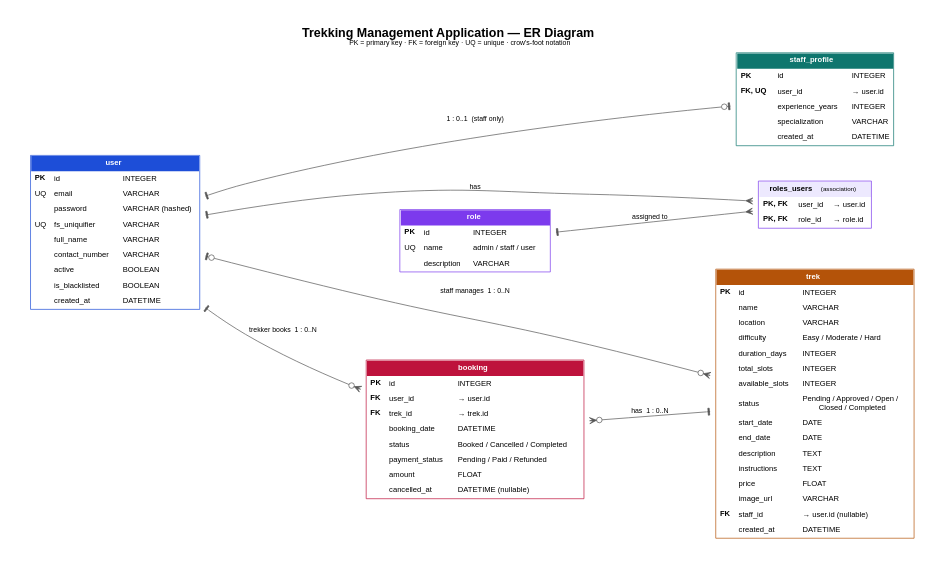
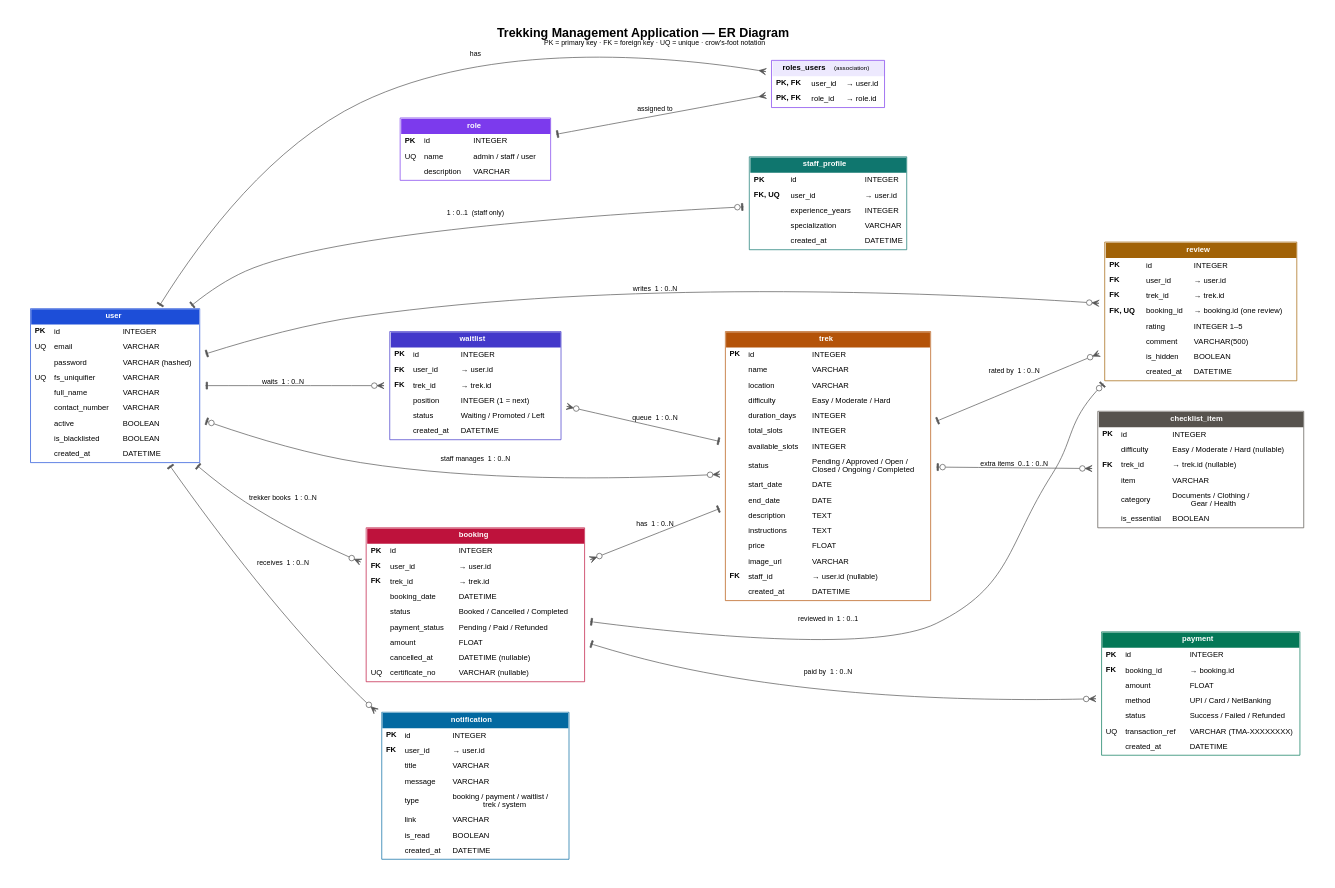
The diagram in docs/er.dot (23f2004126/BasecampX), drawn with Graphviz before and after one commit. The commit also changed 23 other files, not shown here.

First line of the commit message:
Add backend for reviews, waitlist, payments, notifications, checklist, certificates

```diff
--- a/docs/er.dot
+++ b/docs/er.dot
@@ -1,91 +1,161 @@
 digraph TMA {
   graph [rankdir=LR, splines=spline, nodesep=0.5, ranksep=1.6, newrank=true, bgcolor="white", pad=0.4,
          label=<<B>Trekking Management Application — ER Diagram</B><BR/><FONT POINT-SIZE="10">PK = primary key · FK = foreign key · UQ = unique · crow's-foot notation</FONT>>,
          labelloc=t, fontname="Helvetica", fontsize=18];
   node  [shape=plaintext, fontname="Helvetica", fontsize=11];
   edge  [fontname="Helvetica", fontsize=10, color="#555555", dir=both];
 
   user [label=<
   <TABLE BORDER="1" CELLBORDER="0" CELLSPACING="0" CELLPADDING="5" COLOR="#1d4ed8">
    <TR><TD BGCOLOR="#1d4ed8" COLSPAN="3"><FONT COLOR="white"><B>user</B></FONT></TD></TR>
    <TR><TD ALIGN="LEFT" PORT="id"><B>PK</B></TD><TD ALIGN="LEFT">id</TD><TD ALIGN="LEFT">INTEGER</TD></TR>
    <TR><TD ALIGN="LEFT">UQ</TD><TD ALIGN="LEFT">email</TD><TD ALIGN="LEFT">VARCHAR</TD></TR>
    <TR><TD></TD><TD ALIGN="LEFT">password</TD><TD ALIGN="LEFT">VARCHAR (hashed)</TD></TR>
    <TR><TD ALIGN="LEFT">UQ</TD><TD ALIGN="LEFT">fs_uniquifier</TD><TD ALIGN="LEFT">VARCHAR</TD></TR>
    <TR><TD></TD><TD ALIGN="LEFT">full_name</TD><TD ALIGN="LEFT">VARCHAR</TD></TR>
    <TR><TD></TD><TD ALIGN="LEFT">contact_number</TD><TD ALIGN="LEFT">VARCHAR</TD></TR>
    <TR><TD></TD><TD ALIGN="LEFT">active</TD><TD ALIGN="LEFT">BOOLEAN</TD></TR>
    <TR><TD></TD><TD ALIGN="LEFT">is_blacklisted</TD><TD ALIGN="LEFT">BOOLEAN</TD></TR>
    <TR><TD></TD><TD ALIGN="LEFT">created_at</TD><TD ALIGN="LEFT">DATETIME</TD></TR>
   </TABLE>>];
 
   role [label=<
   <TABLE BORDER="1" CELLBORDER="0" CELLSPACING="0" CELLPADDING="5" COLOR="#7c3aed">
    <TR><TD BGCOLOR="#7c3aed" COLSPAN="3"><FONT COLOR="white"><B>role</B></FONT></TD></TR>
    <TR><TD ALIGN="LEFT"><B>PK</B></TD><TD ALIGN="LEFT">id</TD><TD ALIGN="LEFT">INTEGER</TD></TR>
    <TR><TD ALIGN="LEFT">UQ</TD><TD ALIGN="LEFT">name</TD><TD ALIGN="LEFT">admin / staff / user</TD></TR>
    <TR><TD></TD><TD ALIGN="LEFT">description</TD><TD ALIGN="LEFT">VARCHAR</TD></TR>
   </TABLE>>];
 
   roles_users [label=<
   <TABLE BORDER="1" CELLBORDER="0" CELLSPACING="0" CELLPADDING="5" COLOR="#7c3aed">
    <TR><TD BGCOLOR="#ede9fe" COLSPAN="3"><B>roles_users</B> <FONT POINT-SIZE="9">(association)</FONT></TD></TR>
    <TR><TD ALIGN="LEFT"><B>PK, FK</B></TD><TD ALIGN="LEFT">user_id</TD><TD ALIGN="LEFT">→ user.id</TD></TR>
    <TR><TD ALIGN="LEFT"><B>PK, FK</B></TD><TD ALIGN="LEFT">role_id</TD><TD ALIGN="LEFT">→ role.id</TD></TR>
   </TABLE>>];
 
   staff_profile [label=<
   <TABLE BORDER="1" CELLBORDER="0" CELLSPACING="0" CELLPADDING="5" COLOR="#0f766e">
    <TR><TD BGCOLOR="#0f766e" COLSPAN="3"><FONT COLOR="white"><B>staff_profile</B></FONT></TD></TR>
    <TR><TD ALIGN="LEFT"><B>PK</B></TD><TD ALIGN="LEFT">id</TD><TD ALIGN="LEFT">INTEGER</TD></TR>
    <TR><TD ALIGN="LEFT"><B>FK, UQ</B></TD><TD ALIGN="LEFT">user_id</TD><TD ALIGN="LEFT">→ user.id</TD></TR>
    <TR><TD></TD><TD ALIGN="LEFT">experience_years</TD><TD ALIGN="LEFT">INTEGER</TD></TR>
    <TR><TD></TD><TD ALIGN="LEFT">specialization</TD><TD ALIGN="LEFT">VARCHAR</TD></TR>
    <TR><TD></TD><TD ALIGN="LEFT">created_at</TD><TD ALIGN="LEFT">DATETIME</TD></TR>
   </TABLE>>];
 
   trek [label=<
   <TABLE BORDER="1" CELLBORDER="0" CELLSPACING="0" CELLPADDING="5" COLOR="#b45309">
    <TR><TD BGCOLOR="#b45309" COLSPAN="3"><FONT COLOR="white"><B>trek</B></FONT></TD></TR>
    <TR><TD ALIGN="LEFT"><B>PK</B></TD><TD ALIGN="LEFT">id</TD><TD ALIGN="LEFT">INTEGER</TD></TR>
    <TR><TD></TD><TD ALIGN="LEFT">name</TD><TD ALIGN="LEFT">VARCHAR</TD></TR>
    <TR><TD></TD><TD ALIGN="LEFT">location</TD><TD ALIGN="LEFT">VARCHAR</TD></TR>
    <TR><TD></TD><TD ALIGN="LEFT">difficulty</TD><TD ALIGN="LEFT">Easy / Moderate / Hard</TD></TR>
    <TR><TD></TD><TD ALIGN="LEFT">duration_days</TD><TD ALIGN="LEFT">INTEGER</TD></TR>
    <TR><TD></TD><TD ALIGN="LEFT">total_slots</TD><TD ALIGN="LEFT">INTEGER</TD></TR>
    <TR><TD></TD><TD ALIGN="LEFT">available_slots</TD><TD ALIGN="LEFT">INTEGER</TD></TR>
-   <TR><TD></TD><TD ALIGN="LEFT">status</TD><TD ALIGN="LEFT">Pending / Approved / Open /<BR ALIGN="LEFT"/>Closed / Completed</TD></TR>
+   <TR><TD></TD><TD ALIGN="LEFT">status</TD><TD ALIGN="LEFT">Pending / Approved / Open /<BR ALIGN="LEFT"/>Closed / Ongoing / Completed</TD></TR>
    <TR><TD></TD><TD ALIGN="LEFT">start_date</TD><TD ALIGN="LEFT">DATE</TD></TR>
    <TR><TD></TD><TD ALIGN="LEFT">end_date</TD><TD ALIGN="LEFT">DATE</TD></TR>
    <TR><TD></TD><TD ALIGN="LEFT">description</TD><TD ALIGN="LEFT">TEXT</TD></TR>
    <TR><TD></TD><TD ALIGN="LEFT">instructions</TD><TD ALIGN="LEFT">TEXT</TD></TR>
    <TR><TD></TD><TD ALIGN="LEFT">price</TD><TD ALIGN="LEFT">FLOAT</TD></TR>
    <TR><TD></TD><TD ALIGN="LEFT">image_url</TD><TD ALIGN="LEFT">VARCHAR</TD></TR>
    <TR><TD ALIGN="LEFT"><B>FK</B></TD><TD ALIGN="LEFT">staff_id</TD><TD ALIGN="LEFT">→ user.id (nullable)</TD></TR>
    <TR><TD></TD><TD ALIGN="LEFT">created_at</TD><TD ALIGN="LEFT">DATETIME</TD></TR>
   </TABLE>>];
 
   booking [label=<
   <TABLE BORDER="1" CELLBORDER="0" CELLSPACING="0" CELLPADDING="5" COLOR="#be123c">
    <TR><TD BGCOLOR="#be123c" COLSPAN="3"><FONT COLOR="white"><B>booking</B></FONT></TD></TR>
    <TR><TD ALIGN="LEFT"><B>PK</B></TD><TD ALIGN="LEFT">id</TD><TD ALIGN="LEFT">INTEGER</TD></TR>
    <TR><TD ALIGN="LEFT"><B>FK</B></TD><TD ALIGN="LEFT">user_id</TD><TD ALIGN="LEFT">→ user.id</TD></TR>
    <TR><TD ALIGN="LEFT"><B>FK</B></TD><TD ALIGN="LEFT">trek_id</TD><TD ALIGN="LEFT">→ trek.id</TD></TR>
    <TR><TD></TD><TD ALIGN="LEFT">booking_date</TD><TD ALIGN="LEFT">DATETIME</TD></TR>
    <TR><TD></TD><TD ALIGN="LEFT">status</TD><TD ALIGN="LEFT">Booked / Cancelled / Completed</TD></TR>
    <TR><TD></TD><TD ALIGN="LEFT">payment_status</TD><TD ALIGN="LEFT">Pending / Paid / Refunded</TD></TR>
    <TR><TD></TD><TD ALIGN="LEFT">amount</TD><TD ALIGN="LEFT">FLOAT</TD></TR>
    <TR><TD></TD><TD ALIGN="LEFT">cancelled_at</TD><TD ALIGN="LEFT">DATETIME (nullable)</TD></TR>
+   <TR><TD ALIGN="LEFT">UQ</TD><TD ALIGN="LEFT">certificate_no</TD><TD ALIGN="LEFT">VARCHAR (nullable)</TD></TR>
+  </TABLE>>];
+
+  payment [label=<
+  <TABLE BORDER="1" CELLBORDER="0" CELLSPACING="0" CELLPADDING="5" COLOR="#047857">
+   <TR><TD BGCOLOR="#047857" COLSPAN="3"><FONT COLOR="white"><B>payment</B></FONT></TD></TR>
+   <TR><TD ALIGN="LEFT"><B>PK</B></TD><TD ALIGN="LEFT">id</TD><TD ALIGN="LEFT">INTEGER</TD></TR>
+   <TR><TD ALIGN="LEFT"><B>FK</B></TD><TD ALIGN="LEFT">booking_id</TD><TD ALIGN="LEFT">→ booking.id</TD></TR>
+   <TR><TD></TD><TD ALIGN="LEFT">amount</TD><TD ALIGN="LEFT">FLOAT</TD></TR>
+   <TR><TD></TD><TD ALIGN="LEFT">method</TD><TD ALIGN="LEFT">UPI / Card / NetBanking</TD></TR>
+   <TR><TD></TD><TD ALIGN="LEFT">status</TD><TD ALIGN="LEFT">Success / Failed / Refunded</TD></TR>
+   <TR><TD ALIGN="LEFT">UQ</TD><TD ALIGN="LEFT">transaction_ref</TD><TD ALIGN="LEFT">VARCHAR (TMA-XXXXXXXX)</TD></TR>
+   <TR><TD></TD><TD ALIGN="LEFT">created_at</TD><TD ALIGN="LEFT">DATETIME</TD></TR>
+  </TABLE>>];
+
+  review [label=<
+  <TABLE BORDER="1" CELLBORDER="0" CELLSPACING="0" CELLPADDING="5" COLOR="#a16207">
+   <TR><TD BGCOLOR="#a16207" COLSPAN="3"><FONT COLOR="white"><B>review</B></FONT></TD></TR>
+   <TR><TD ALIGN="LEFT"><B>PK</B></TD><TD ALIGN="LEFT">id</TD><TD ALIGN="LEFT">INTEGER</TD></TR>
+   <TR><TD ALIGN="LEFT"><B>FK</B></TD><TD ALIGN="LEFT">user_id</TD><TD ALIGN="LEFT">→ user.id</TD></TR>
+   <TR><TD ALIGN="LEFT"><B>FK</B></TD><TD ALIGN="LEFT">trek_id</TD><TD ALIGN="LEFT">→ trek.id</TD></TR>
+   <TR><TD ALIGN="LEFT"><B>FK, UQ</B></TD><TD ALIGN="LEFT">booking_id</TD><TD ALIGN="LEFT">→ booking.id (one review)</TD></TR>
+   <TR><TD></TD><TD ALIGN="LEFT">rating</TD><TD ALIGN="LEFT">INTEGER 1–5</TD></TR>
+   <TR><TD></TD><TD ALIGN="LEFT">comment</TD><TD ALIGN="LEFT">VARCHAR(500)</TD></TR>
+   <TR><TD></TD><TD ALIGN="LEFT">is_hidden</TD><TD ALIGN="LEFT">BOOLEAN</TD></TR>
+   <TR><TD></TD><TD ALIGN="LEFT">created_at</TD><TD ALIGN="LEFT">DATETIME</TD></TR>
+  </TABLE>>];
+
+  waitlist [label=<
+  <TABLE BORDER="1" CELLBORDER="0" CELLSPACING="0" CELLPADDING="5" COLOR="#4338ca">
+   <TR><TD BGCOLOR="#4338ca" COLSPAN="3"><FONT COLOR="white"><B>waitlist</B></FONT></TD></TR>
+   <TR><TD ALIGN="LEFT"><B>PK</B></TD><TD ALIGN="LEFT">id</TD><TD ALIGN="LEFT">INTEGER</TD></TR>
+   <TR><TD ALIGN="LEFT"><B>FK</B></TD><TD ALIGN="LEFT">user_id</TD><TD ALIGN="LEFT">→ user.id</TD></TR>
+   <TR><TD ALIGN="LEFT"><B>FK</B></TD><TD ALIGN="LEFT">trek_id</TD><TD ALIGN="LEFT">→ trek.id</TD></TR>
+   <TR><TD></TD><TD ALIGN="LEFT">position</TD><TD ALIGN="LEFT">INTEGER (1 = next)</TD></TR>
+   <TR><TD></TD><TD ALIGN="LEFT">status</TD><TD ALIGN="LEFT">Waiting / Promoted / Left</TD></TR>
+   <TR><TD></TD><TD ALIGN="LEFT">created_at</TD><TD ALIGN="LEFT">DATETIME</TD></TR>
+  </TABLE>>];
+
+  notification [label=<
+  <TABLE BORDER="1" CELLBORDER="0" CELLSPACING="0" CELLPADDING="5" COLOR="#0369a1">
+   <TR><TD BGCOLOR="#0369a1" COLSPAN="3"><FONT COLOR="white"><B>notification</B></FONT></TD></TR>
+   <TR><TD ALIGN="LEFT"><B>PK</B></TD><TD ALIGN="LEFT">id</TD><TD ALIGN="LEFT">INTEGER</TD></TR>
+   <TR><TD ALIGN="LEFT"><B>FK</B></TD><TD ALIGN="LEFT">user_id</TD><TD ALIGN="LEFT">→ user.id</TD></TR>
+   <TR><TD></TD><TD ALIGN="LEFT">title</TD><TD ALIGN="LEFT">VARCHAR</TD></TR>
+   <TR><TD></TD><TD ALIGN="LEFT">message</TD><TD ALIGN="LEFT">VARCHAR</TD></TR>
+   <TR><TD></TD><TD ALIGN="LEFT">type</TD><TD ALIGN="LEFT">booking / payment / waitlist /<BR ALIGN="LEFT"/>trek / system</TD></TR>
+   <TR><TD></TD><TD ALIGN="LEFT">link</TD><TD ALIGN="LEFT">VARCHAR</TD></TR>
+   <TR><TD></TD><TD ALIGN="LEFT">is_read</TD><TD ALIGN="LEFT">BOOLEAN</TD></TR>
+   <TR><TD></TD><TD ALIGN="LEFT">created_at</TD><TD ALIGN="LEFT">DATETIME</TD></TR>
+  </TABLE>>];
+
+  checklist_item [label=<
+  <TABLE BORDER="1" CELLBORDER="0" CELLSPACING="0" CELLPADDING="5" COLOR="#57534e">
+   <TR><TD BGCOLOR="#57534e" COLSPAN="3"><FONT COLOR="white"><B>checklist_item</B></FONT></TD></TR>
+   <TR><TD ALIGN="LEFT"><B>PK</B></TD><TD ALIGN="LEFT">id</TD><TD ALIGN="LEFT">INTEGER</TD></TR>
+   <TR><TD></TD><TD ALIGN="LEFT">difficulty</TD><TD ALIGN="LEFT">Easy / Moderate / Hard (nullable)</TD></TR>
+   <TR><TD ALIGN="LEFT"><B>FK</B></TD><TD ALIGN="LEFT">trek_id</TD><TD ALIGN="LEFT">→ trek.id (nullable)</TD></TR>
+   <TR><TD></TD><TD ALIGN="LEFT">item</TD><TD ALIGN="LEFT">VARCHAR</TD></TR>
+   <TR><TD></TD><TD ALIGN="LEFT">category</TD><TD ALIGN="LEFT">Documents / Clothing /<BR ALIGN="LEFT"/>Gear / Health</TD></TR>
+   <TR><TD></TD><TD ALIGN="LEFT">is_essential</TD><TD ALIGN="LEFT">BOOLEAN</TD></TR>
   </TABLE>>];
 
   // relationships (crow's foot): tail = parent side, head = child side
   user -> roles_users [arrowtail=tee, arrowhead=crow, label="has"];
   role -> roles_users [arrowtail=tee, arrowhead=crow, label="assigned to"];
   user -> staff_profile [arrowtail=tee, arrowhead=teeodot, label="1 : 0..1  (staff only)"];
   user -> trek [arrowtail=teeodot, arrowhead=crowodot, label="staff manages  1 : 0..N"];
   user -> booking [arrowtail=tee, arrowhead=crowodot, label="trekker books  1 : 0..N"];
   trek -> booking [arrowtail=tee, arrowhead=crowodot, label="has  1 : 0..N"];
+  booking -> payment [arrowtail=tee, arrowhead=crowodot, label="paid by  1 : 0..N"];
+  booking -> review [arrowtail=tee, arrowhead=teeodot, label="reviewed in  1 : 0..1"];
+  user -> review [arrowtail=tee, arrowhead=crowodot, label="writes  1 : 0..N"];
+  trek -> review [arrowtail=tee, arrowhead=crowodot, label="rated by  1 : 0..N"];
+  user -> waitlist [arrowtail=tee, arrowhead=crowodot, label="waits  1 : 0..N"];
+  trek -> waitlist [arrowtail=tee, arrowhead=crowodot, label="queue  1 : 0..N"];
+  user -> notification [arrowtail=tee, arrowhead=crowodot, label="receives  1 : 0..N"];
+  trek -> checklist_item [arrowtail=teeodot, arrowhead=crowodot, label="extra items  0..1 : 0..N"];
 
   {rank=same; staff_profile; trek; roles_users;}
-  {rank=same; booking; role;}
+  {rank=same; booking; role; waitlist; notification;}
+  {rank=same; payment; review; checklist_item;}
 }
```
